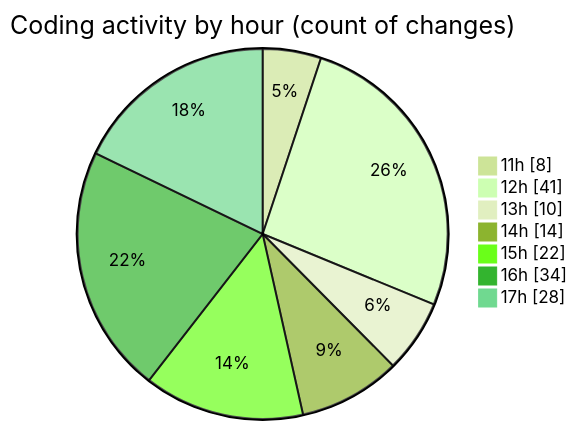
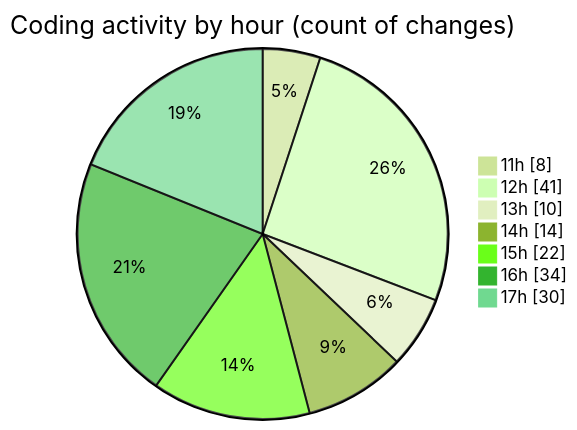
One commit to BS-eng2023/code-tracking changed the second of 2 diagrams in 2025-05-04/project/README.md. Above: the diagram before and after it, drawn with Mermaid (forest theme). The commit also changed other lines of this file and 1 other file, not shown here.

````diff
--- a/2025-05-04/project/README.md
+++ b/2025-05-04/project/README.md
@@ -54,11 +54,11 @@
 ```mermaid
 pie showData
 title Coding activity by hour (count of changes)
 "11h" : 8
 "12h" : 41
 "13h" : 10
 "14h" : 14
 "15h" : 22
 "16h" : 34
-"17h" : 28
+"17h" : 30
 ```
````
